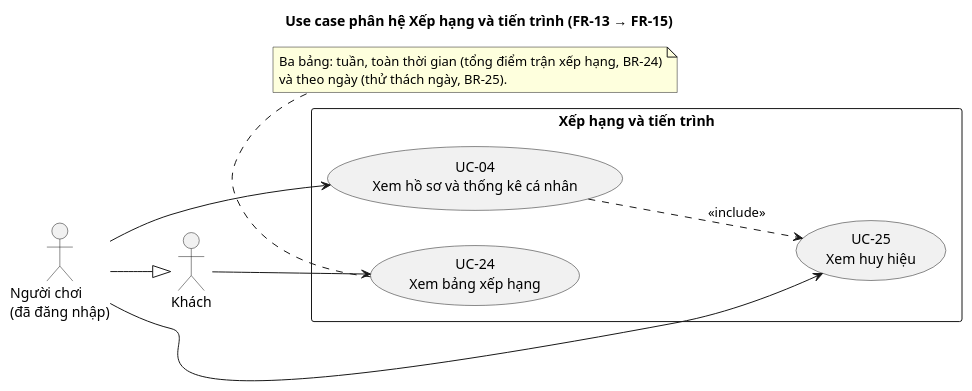
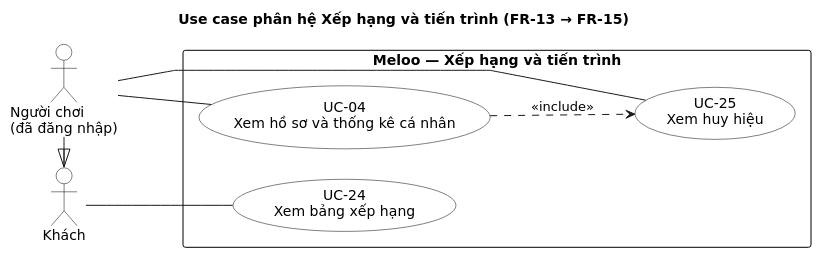
The diagram in docs/uml/usecase/uc-04-xep-hang.puml (ThaiDevv/meloo), drawn with PlantUML before and after one commit. The commit also changed 12 other files, not shown here.

Commit message:
docs(uml): vẽ lại sơ đồ use case theo khung hệ thống, đủ 34 use case

```diff
--- a/docs/uml/usecase/uc-04-xep-hang.puml
+++ b/docs/uml/usecase/uc-04-xep-hang.puml
@@ -1,28 +1,34 @@
 @startuml uc-04-xep-hang
 title Use case phân hệ Xếp hạng và tiến trình (FR-13 → FR-15)
 left to right direction
 skinparam shadowing false
-skinparam packageStyle rectangle
+skinparam linetype polyline
+skinparam nodesep 30
+skinparam ranksep 80
+skinparam defaultFontName DejaVu Sans
+skinparam usecase {
+  BackgroundColor white
+  BorderColor black
+}
+skinparam actor {
+  BackgroundColor white
+  BorderColor black
+}
+skinparam rectangle {
+  BackgroundColor white
+  BorderColor black
+}
 
 actor "Khách" as Khach
 actor "Người chơi\n(đã đăng nhập)" as NguoiChoi
-
-NguoiChoi --|> Khach
-
-rectangle "Xếp hạng và tiến trình" {
+NguoiChoi -|> Khach
+rectangle "**Meloo — Xếp hạng và tiến trình**" {
   usecase "UC-24\nXem bảng xếp hạng" as UC24
+  usecase "UC-04\nXem hồ sơ và thống kê cá nhân" as UC04
   usecase "UC-25\nXem huy hiệu" as UC25
-  usecase "UC-04\nXem hồ sơ và thống kê cá nhân" as UC04
 }
-
-Khach --> UC24
-NguoiChoi --> UC25
-NguoiChoi --> UC04
-
+Khach -- UC24
+NguoiChoi -- UC04
+NguoiChoi -- UC25
 UC04 ..> UC25 : <<include>>
-
-note bottom of UC24
-  Ba bảng: tuần, toàn thời gian (tổng điểm trận xếp hạng, BR-24)
-  và theo ngày (thử thách ngày, BR-25).
-end note
 @enduml
```
